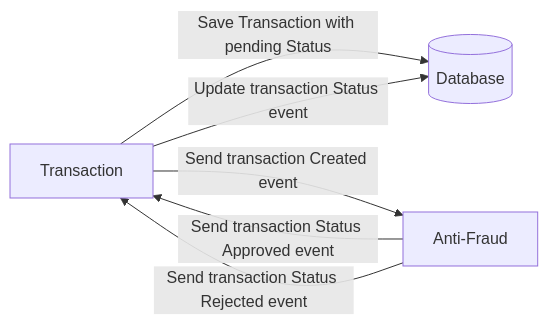
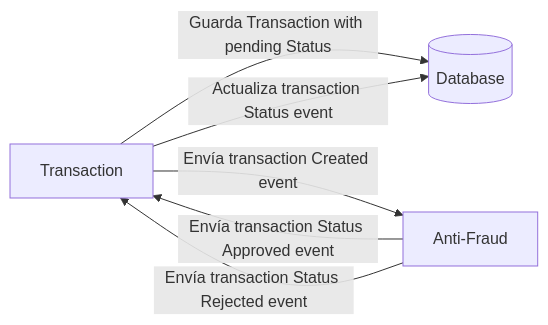
One commit to Interbank-Comercial-MDC/java-code-challenge changed the diagram in README.md. Above: the diagram before and after it, drawn with Mermaid.

````diff
--- a/README.md
+++ b/README.md
@@ -24,8 +24,8 @@
 ```mermaid
   flowchart LR
-    Transaction -- Save Transaction with pending Status --> transactionDatabase[(Database)]
-    Transaction --Send transaction Created event--> Anti-Fraud
-    Anti-Fraud -- Send transaction Status Approved event--> Transaction
-    Anti-Fraud -- Send transaction Status Rejected event--> Transaction
-    Transaction -- Update transaction Status event--> transactionDatabase[(Database)]
+    Transaction -- Guarda Transaction with pending Status --> transactionDatabase[(Database)]
+    Transaction --Envía transaction Created event--> Anti-Fraud
+    Anti-Fraud -- Envía transaction Status Approved event--> Transaction
+    Anti-Fraud -- Envía transaction Status Rejected event--> Transaction
+    Transaction -- Actualiza transaction Status event--> transactionDatabase[(Database)]
 ```
````
